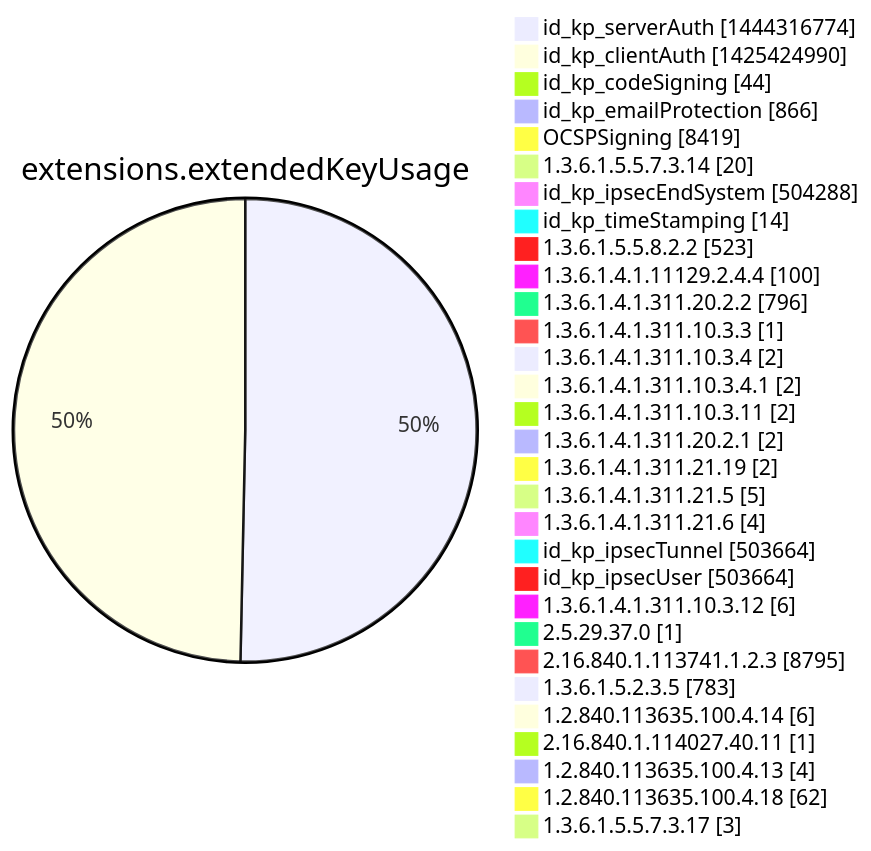
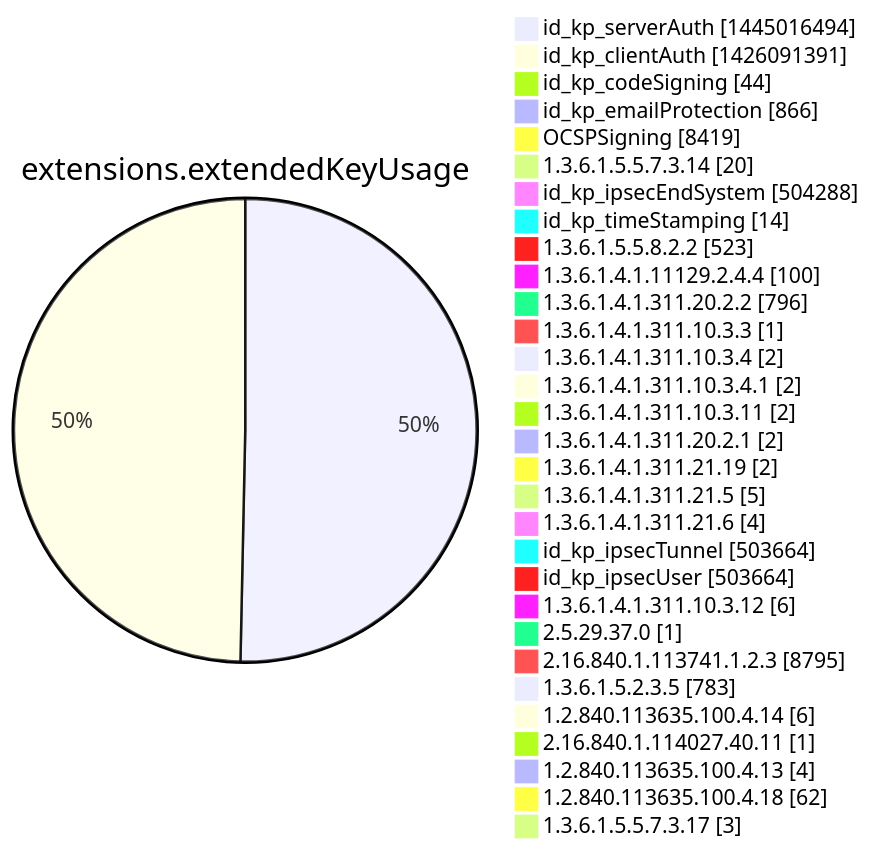
Diagram 12 of 15 in argon2022/README.md (christiankrug/ctmonitor_visualization), drawn with Mermaid before and after one commit. The commit also changed other lines of this file, not shown here.

````diff
--- a/argon2022/README.md
+++ b/argon2022/README.md
@@ -3555,34 +3555,34 @@
 ```mermaid
 pie showData
 title extensions.extendedKeyUsage
-"id_kp_serverAuth" :1444316774
-"id_kp_clientAuth" :1425424990
+"id_kp_serverAuth" :1445016494
+"id_kp_clientAuth" :1426091391
 "id_kp_codeSigning" :44
 "id_kp_emailProtection" :866
 "OCSPSigning" :8419
 "1.3.6.1.5.5.7.3.14" :20
 "id_kp_ipsecEndSystem" :504288
 "id_kp_timeStamping" :14
 "1.3.6.1.5.5.8.2.2" :523
 "1.3.6.1.4.1.11129.2.4.4" :100
 "1.3.6.1.4.1.311.20.2.2" :796
 "1.3.6.1.4.1.311.10.3.3" :1
 "1.3.6.1.4.1.311.10.3.4" :2
 "1.3.6.1.4.1.311.10.3.4.1" :2
 "1.3.6.1.4.1.311.10.3.11" :2
 "1.3.6.1.4.1.311.20.2.1" :2
 "1.3.6.1.4.1.311.21.19" :2
 "1.3.6.1.4.1.311.21.5" :5
 "1.3.6.1.4.1.311.21.6" :4
 "id_kp_ipsecTunnel" :503664
 "id_kp_ipsecUser" :503664
 "1.3.6.1.4.1.311.10.3.12" :6
 "2.5.29.37.0" :1
 "2.16.840.1.113741.1.2.3" :8795
 "1.3.6.1.5.2.3.5" :783
 "1.2.840.113635.100.4.14" :6
 "2.16.840.1.114027.40.11" :1
 "1.2.840.113635.100.4.13" :4
 "1.2.840.113635.100.4.18" :62
 "1.3.6.1.5.5.7.3.17" :3
 ```
````
